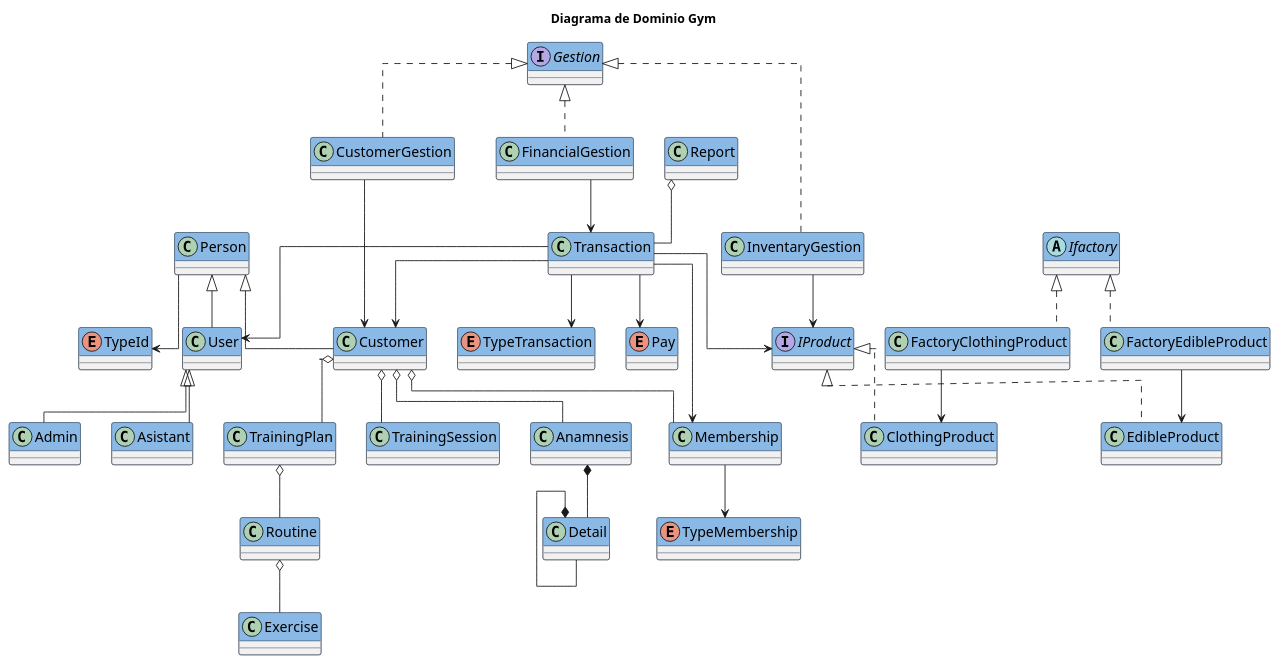
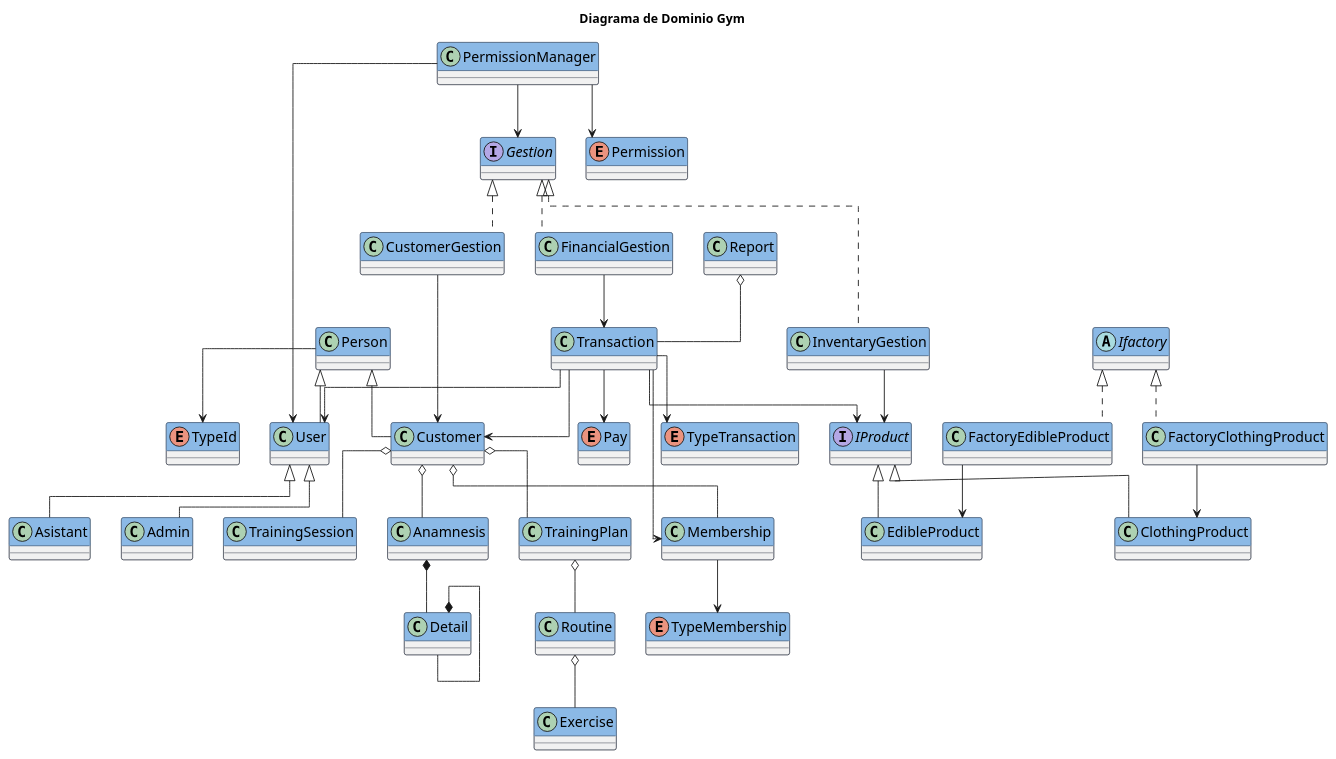
Before and after one commit to brayanfu038/GymRepository: the diagram in modelos/dominio.puml, drawn with PlantUML.

Commit message:
Terminando detalles dominio

```diff
--- a/modelos/dominio.puml
+++ b/modelos/dominio.puml
@@ -1,141 +1,148 @@
 @startuml
 title Diagrama de Dominio Gym
-'! FALTA VERIFICAR COMO SE LE ASIGNAN LAS GESTIONES A 
-'! LOS USUARIOS 
-'! AGREGAR CARDINALIDADES
+
 ' ----- CLASES ----------
 class Person{
 
 }
+enum TypeId{
+}
+enum Permission {
+
+}
+class PermissionManager {
+    }
 class Customer{
 
 }
 class User{
 
 }
 class Anamnesis{
 
 }
 class Detail{
 
 }
 class Membership{
 
 }
+enum TypeMembership{}
+
 class TrainingPlan{
 
 }
 class Routine{
 
 }
 class Exercise{
 
 }
 class TrainingSession{
 
 }
 class Admin{
 
 }
 class Asistant{
 
 }
 interface IProduct{
 
 }
 class EdibleProduct{
 
 }
 class ClothingProduct{
 
 }
 
 abstract class Ifactory{  
 }
 class FactoryEdibleProduct{
 
 }
 class FactoryClothingProduct{
 
 }
 class InventaryGestion{
 
 }
 class CustomerGestion{
 
 }
 class FinancialGestion{
 }
 interface Gestion{
 
 }
 class Transaction{
 
 }
 class Report{
 
 }
 ' ----- ENUMS -------------
 enum Pay{
 
 }
 enum TypeTransaction{
     
 }
 enum TypeId{
 
 }
-enum TypeMembership{
-
-}
 
 '------ RELACIONES ---------
 Person <|-- User
 Person <|-- Customer
 User <|-- Asistant
 User <|-- Admin
 Ifactory <|.. FactoryClothingProduct
 Ifactory <|.. FactoryEdibleProduct
-IProduct <|.. EdibleProduct
-IProduct <|.. ClothingProduct
+IProduct <|-- EdibleProduct
+IProduct <|-- ClothingProduct
 Gestion <|.. InventaryGestion
 Gestion <|.. CustomerGestion
 Gestion <|.. FinancialGestion
 Customer o-- Anamnesis
 Customer o-- Membership
 Customer o-- TrainingPlan
 Customer o-- TrainingSession
 TrainingPlan o-- Routine
 Report o-- Transaction
 Routine o-- Exercise
 Anamnesis *-- Detail
 Detail*-- Detail
 FactoryEdibleProduct --> EdibleProduct
 FactoryClothingProduct --> ClothingProduct
 InventaryGestion --> IProduct
 CustomerGestion --> Customer
 
 FinancialGestion --> Transaction
 Transaction --> User
 Transaction --> Customer
 Transaction --> IProduct
 Transaction --> Membership
+Person --> TypeId
+Membership --> TypeMembership
 Transaction --> Pay
 Transaction --> TypeTransaction
-Person --> TypeId
-Membership --> TypeMembership
 
+PermissionManager --> Permission
+PermissionManager --> User
+PermissionManager --> Gestion
 
 
 ' Definir la apariencia general
 skinparam classAttributeIconSize 8
 skinparam classFontSize 16
 skinparam classFontName "Arial"
 skinparam classBorderColor #212837
 skinparam classHeaderFontColor #FFFFFF
 skinparam classHeaderBackgroundColor #8BB9E6
 skinparam classArrowColor #6E95C2
 skinparam linetype ortho
 
 ' k
 @enduml
```
